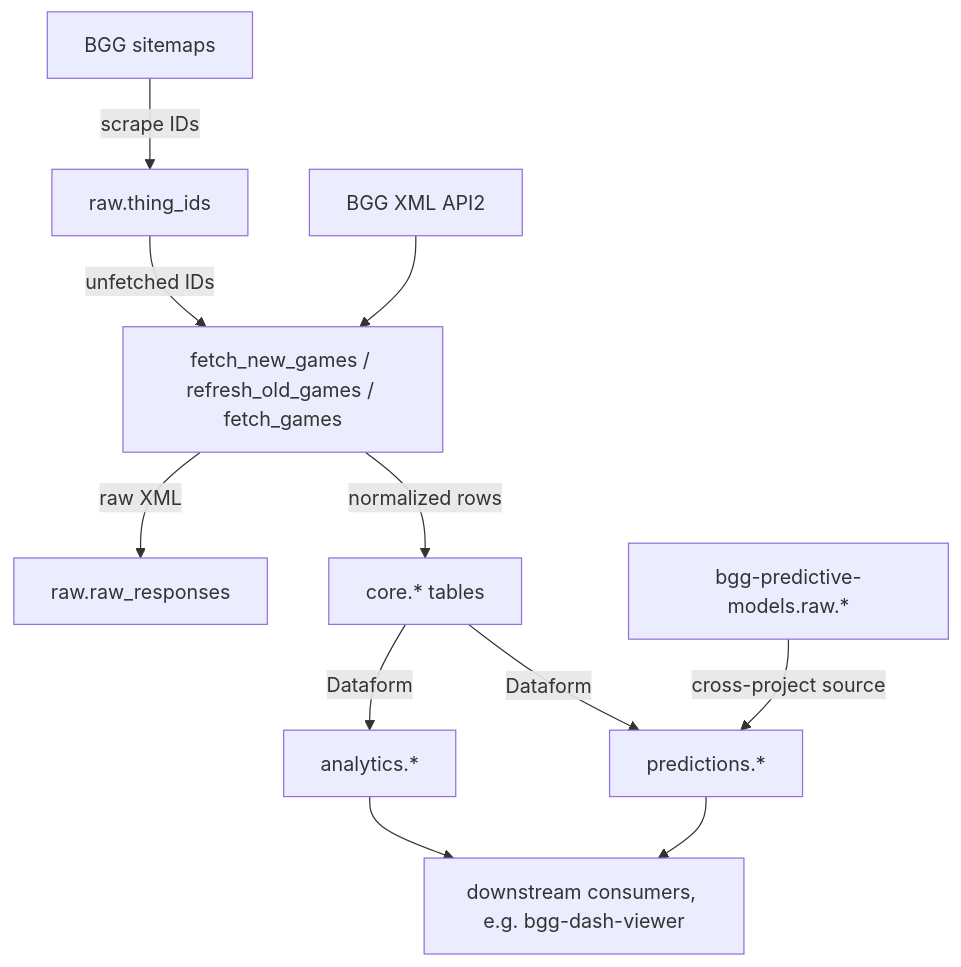
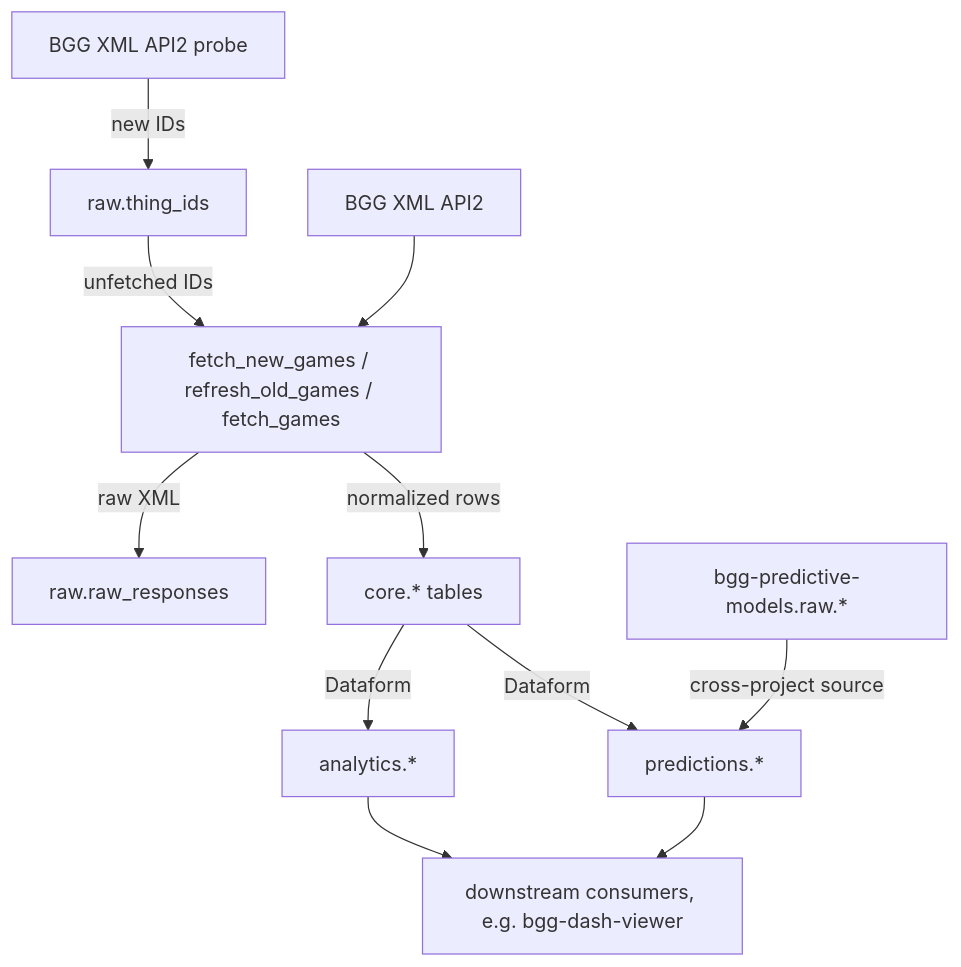
The diagram in docs/architecture.md (phenrickson/bgg-data-warehouse), drawn with Mermaid before and after one commit. The commit also changed other lines of this file and 1 other file, not shown here.

First line of the commit message:
docs(readme): describe API-probe discovery and the single daily chain (#124)

````diff
--- a/docs/architecture.md
+++ b/docs/architecture.md
@@ -61,13 +61,13 @@
 ```mermaid
 graph TD
-    S[BGG sitemaps] -->|scrape IDs| T[raw.thing_ids]
+    S[BGG XML API2 probe] -->|new IDs| T[raw.thing_ids]
     T -->|unfetched IDs| F[fetch_new_games / refresh_old_games / fetch_games]
     A[BGG XML API2] --> F
     F -->|raw XML| R[raw.raw_responses]
     F -->|normalized rows| C[core.* tables]
     C -->|Dataform| AN[analytics.*]
     C -->|Dataform| P[predictions.*]
     M[bgg-predictive-models.raw.*] -->|cross-project source| P
     AN --> D[downstream consumers, e.g. bgg-dash-viewer]
     P --> D
 ```
````
